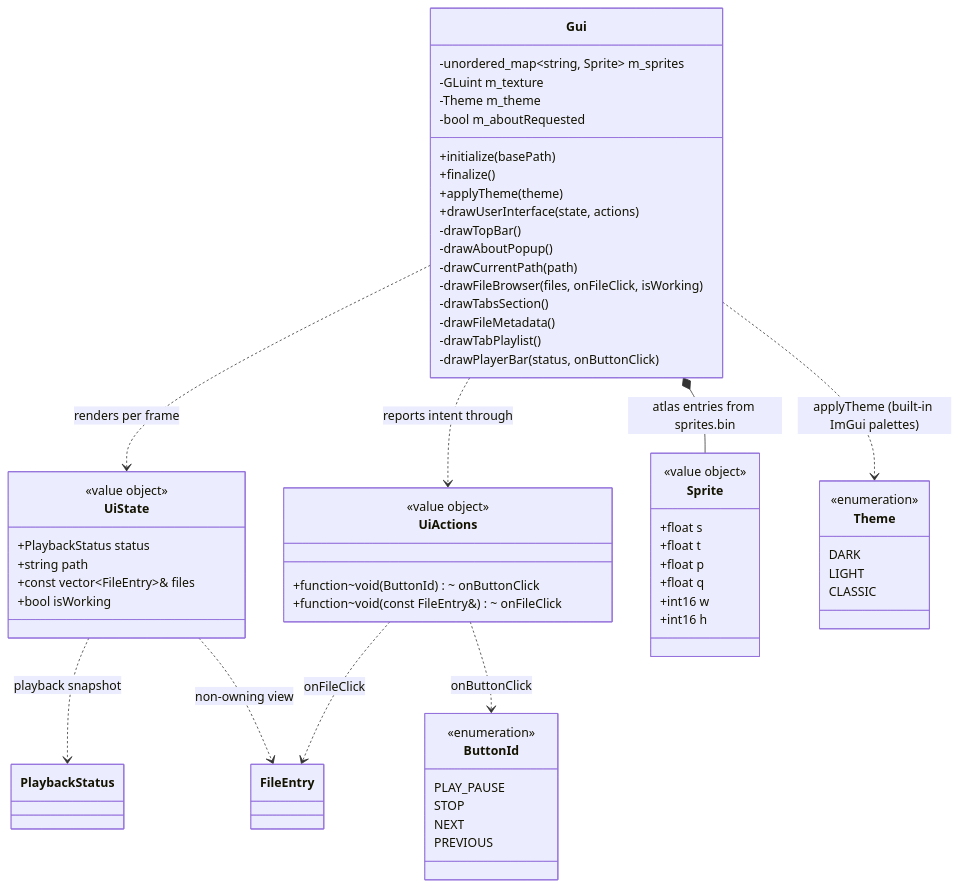
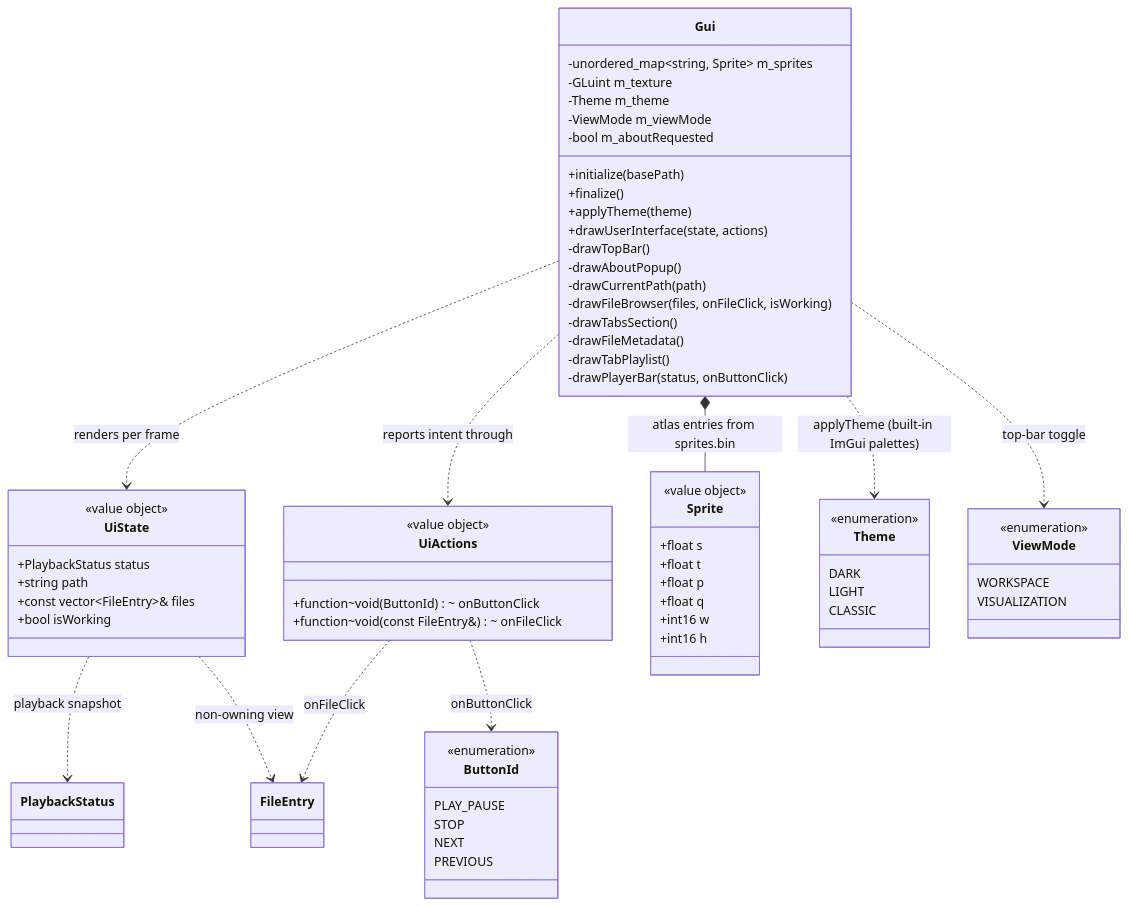
One commit to notnotme/osp2 changed the diagram in docs/ui.md. Above: the diagram before and after it, drawn with Mermaid. The commit also changed other lines of this file and 5 other files, not shown here.

First line of the commit message:
feat: add WORKSPACE/VISUALIZATION view mode toggle (TODO_3 chunk 3d)

````diff
--- a/docs/ui.md
+++ b/docs/ui.md
@@ -5,69 +5,77 @@
 ```mermaid
 classDiagram
     class Gui {
         -unordered_map~string, Sprite~ m_sprites
         -GLuint m_texture
         -Theme m_theme
+        -ViewMode m_viewMode
         -bool m_aboutRequested
         +initialize(basePath)
         +finalize()
         +applyTheme(theme)
         +drawUserInterface(state, actions)
         -drawTopBar()
         -drawAboutPopup()
         -drawCurrentPath(path)
         -drawFileBrowser(files, onFileClick, isWorking)
         -drawTabsSection()
         -drawFileMetadata()
         -drawTabPlaylist()
         -drawPlayerBar(status, onButtonClick)
     }
 
     class UiState {
         <<value object>>
         +PlaybackStatus status
         +string path
         +const vector~FileEntry~& files
         +bool isWorking
     }
 
     class UiActions {
         <<value object>>
         +function~void(ButtonId)~ onButtonClick
         +function~void(const FileEntry&)~ onFileClick
     }
 
     class Sprite {
         <<value object>>
         +float s
         +float t
         +float p
         +float q
         +int16 w
         +int16 h
     }
 
     class ButtonId {
         <<enumeration>>
         PLAY_PAUSE
         STOP
         NEXT
         PREVIOUS
     }
 
     class Theme {
         <<enumeration>>
         DARK
         LIGHT
         CLASSIC
     }
 
+    class ViewMode {
+        <<enumeration>>
+        WORKSPACE
+        VISUALIZATION
+    }
+
     Gui *-- Sprite : atlas entries from sprites.bin
     Gui ..> Theme : applyTheme (built-in ImGui palettes)
+    Gui ..> ViewMode : top-bar toggle
     Gui ..> UiState : renders per frame
     Gui ..> UiActions : reports intent through
     UiState ..> PlaybackStatus : playback snapshot
     UiState ..> FileEntry : non-owning view
     UiActions ..> ButtonId : onButtonClick
     UiActions ..> FileEntry : onFileClick
 ```
````
